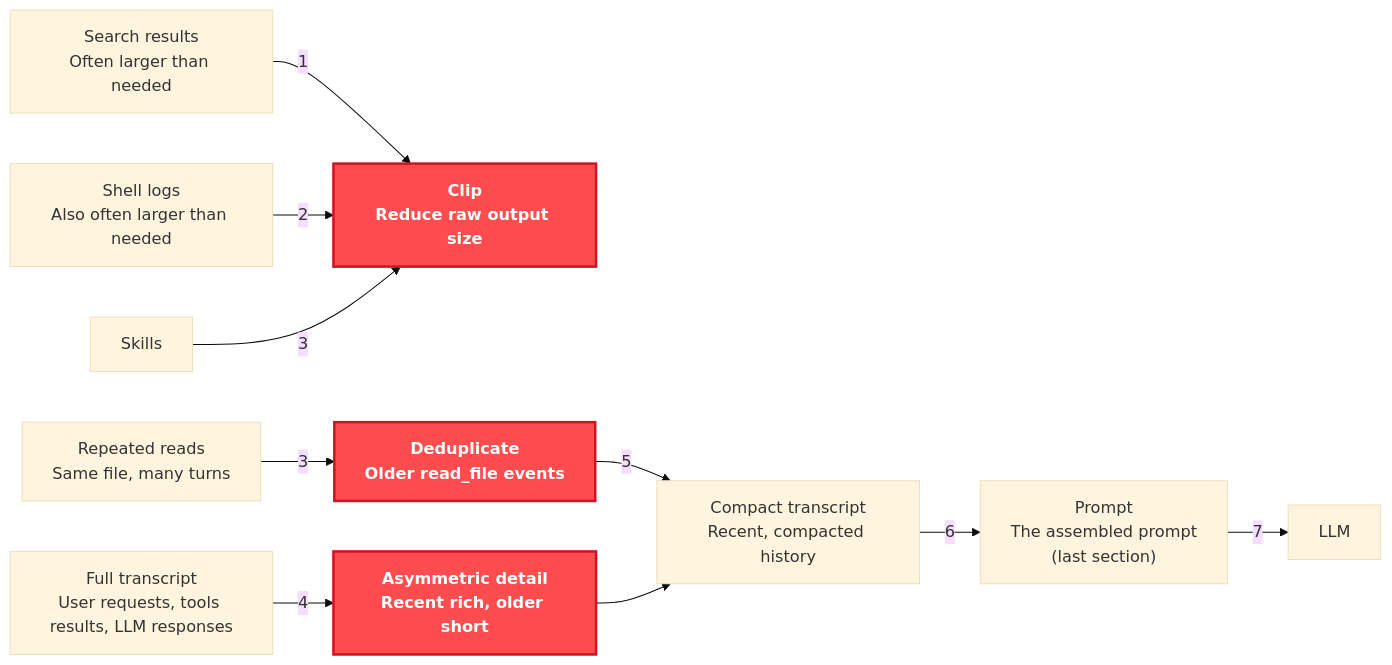
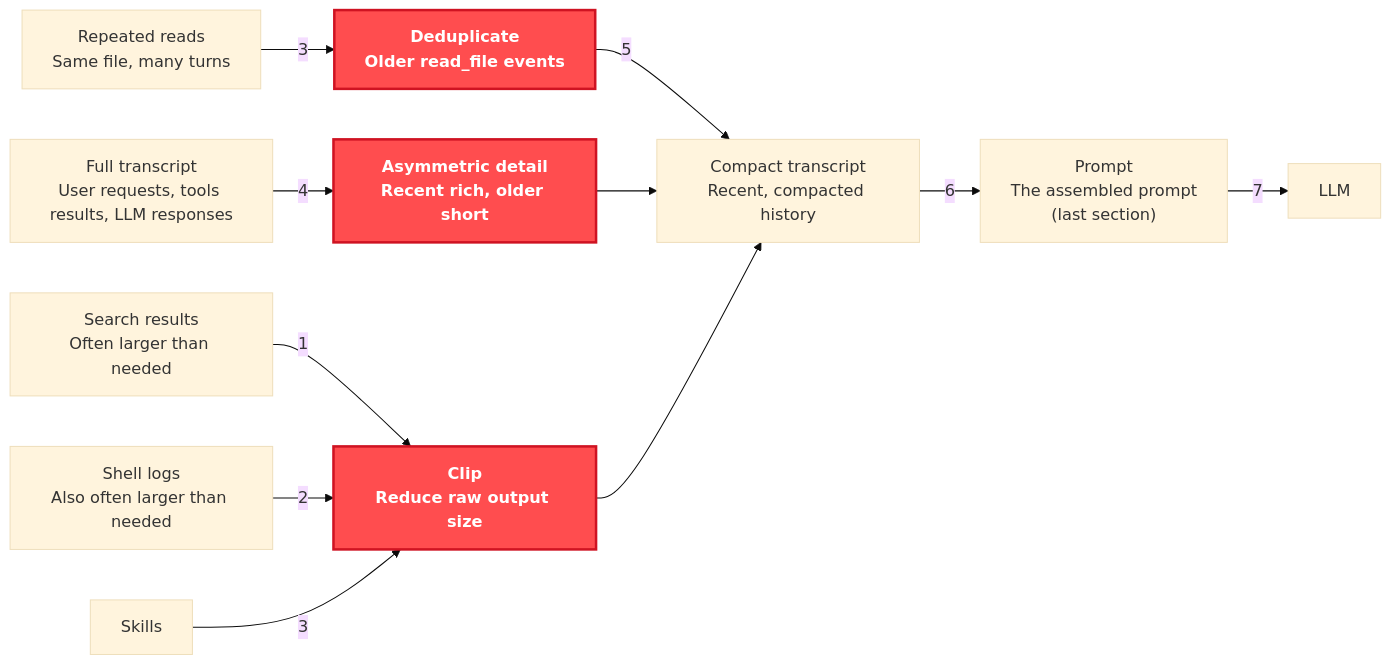
The fourth of 5 diagrams in _posts/2026-04-06-harness-engineering.md (mnhkahn/mnhkahn.github.com), drawn with Mermaid (base theme) before and after one commit.

Commit message:
docs: 更新流程图连接关系

````diff
--- a/_posts/2026-04-06-harness-engineering.md
+++ b/_posts/2026-04-06-harness-engineering.md
@@ -227,14 +227,15 @@
 ```mermaid
 flowchart LR
     classDef highlight fill:#ff4d4f,stroke:#cf1322,stroke-width:2.5px,font-weight:bold,color:#fff
 
     A["Search results<br/>Often larger than needed"] -->|1| B["Clip<br/>Reduce raw output size"]:::highlight
     C["Shell logs<br/>Also often larger than needed"] -->|2| B
     Skill["Skills"] -->|3|B
     D["Repeated reads<br/>Same file, many turns"] -->|3| E["Deduplicate<br/>Older read_file events"]:::highlight
     F["Full transcript<br/>User requests, tools results, LLM responses"] -->|4| G["Asymmetric detail<br/>Recent rich, older short"]:::highlight
     E -->|5| H["Compact transcript<br/>Recent, compacted history"]
     G --> H
+    B --> H
     H -->|6| I["Prompt<br/>The assembled prompt<br/>(last section)"]
     I -->|7| J[LLM]
 ```
````
